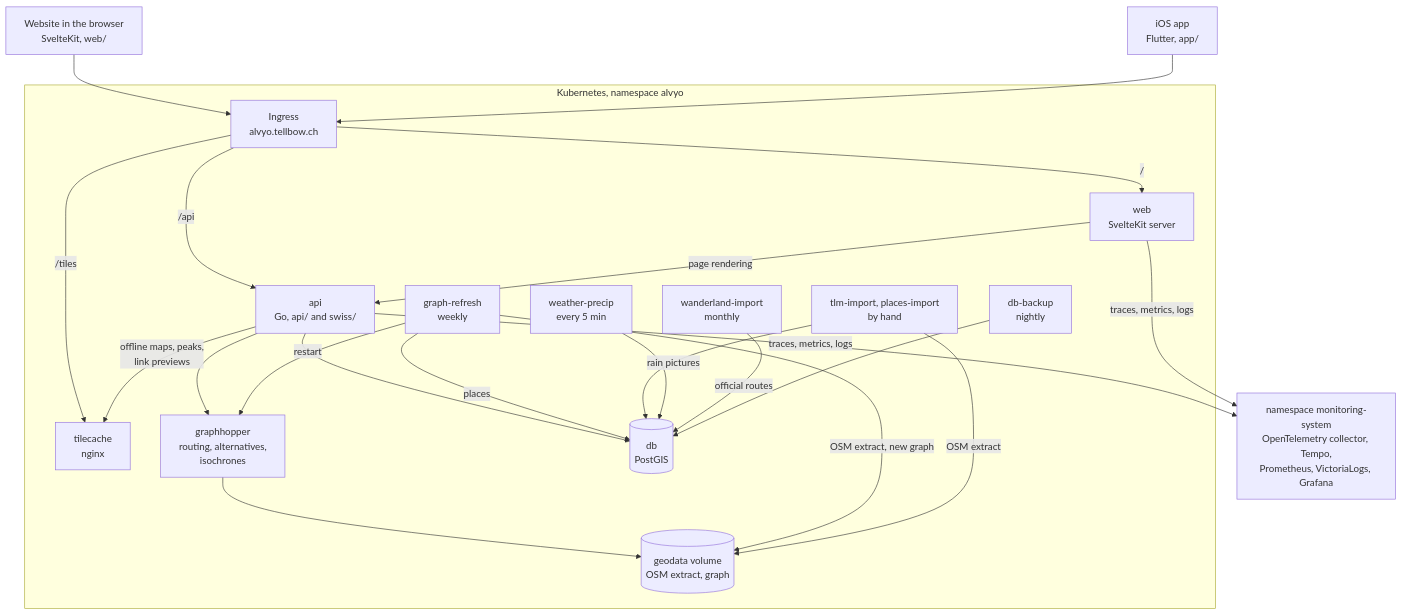
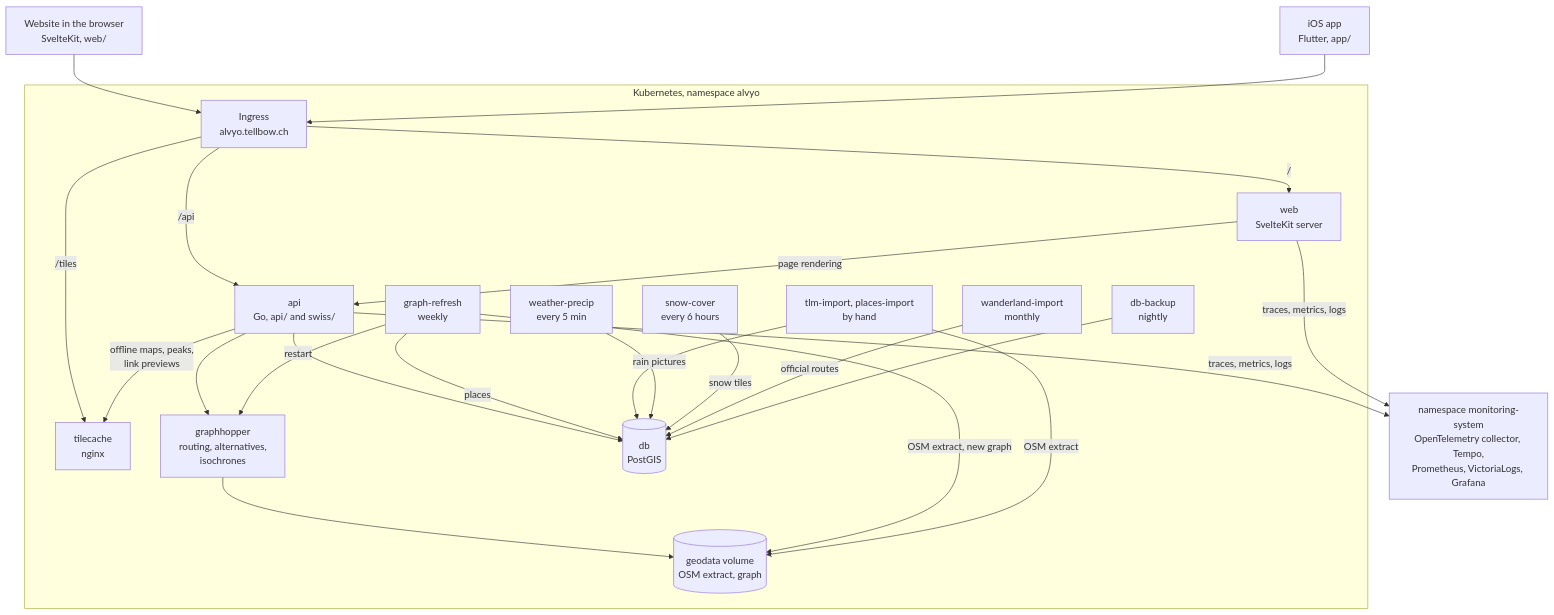
The first of 3 diagrams in docs/architecture.md (tellbow/alvyo), drawn with Mermaid before and after one commit. The commit also changed other lines of this file and 52 other files, not shown here.

First line of the commit message:
Snow on the map: Copernicus's daily snow cover

````diff
--- a/docs/architecture.md
+++ b/docs/architecture.md
@@ -17,44 +17,46 @@
 ```mermaid
 flowchart TB
   browser["Website in the browser<br/>SvelteKit, web/"]
   app["iOS app<br/>Flutter, app/"]
 
   subgraph cluster["Kubernetes, namespace alvyo"]
     ingress["Ingress<br/>alvyo.tellbow.ch"]
     web["web<br/>SvelteKit server"]
     api["api<br/>Go, api/ and swiss/"]
     tiles["tilecache<br/>nginx"]
     gh["graphhopper<br/>routing, alternatives,<br/>isochrones"]
     db[("db<br/>PostGIS")]
     geodata[("geodata volume<br/>OSM extract, graph")]
     backup["db-backup<br/>nightly"]
     refresh["graph-refresh<br/>weekly"]
     imports["tlm-import, places-import<br/>by hand"]
     wanderland["wanderland-import<br/>monthly"]
     precip["weather-precip<br/>every 5 min"]
+    snow["snow-cover<br/>every 6 hours"]
   end
 
   monitoring["namespace monitoring-system<br/>OpenTelemetry collector, Tempo,<br/>Prometheus, VictoriaLogs, Grafana"]
 
   browser --> ingress
   app --> ingress
   ingress -- "/" --> web
   ingress -- "/api" --> api
   ingress -- "/tiles" --> tiles
   web -- "page rendering" --> api
 
   api --> db
   api --> gh
   api -- "offline maps, peaks,<br/>link previews" --> tiles
   gh --> geodata
   refresh -- "OSM extract, new graph" --> geodata
   refresh -- "restart" --> gh
   refresh -- "places" --> db
   imports -- "OSM extract" --> geodata
   imports --> db
   precip -- "rain pictures" --> db
+  snow -- "snow tiles" --> db
   wanderland -- "official routes" --> db
   backup --> db
 
   api & web -- "traces, metrics, logs" --> monitoring
 ```
````
